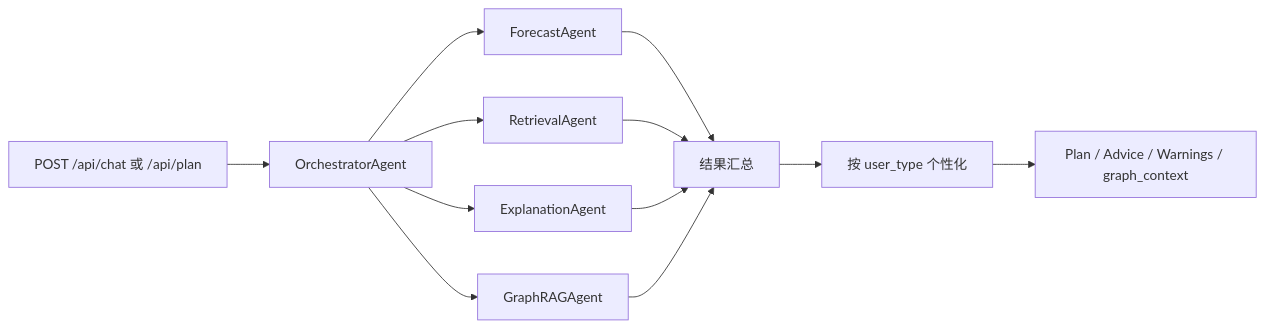
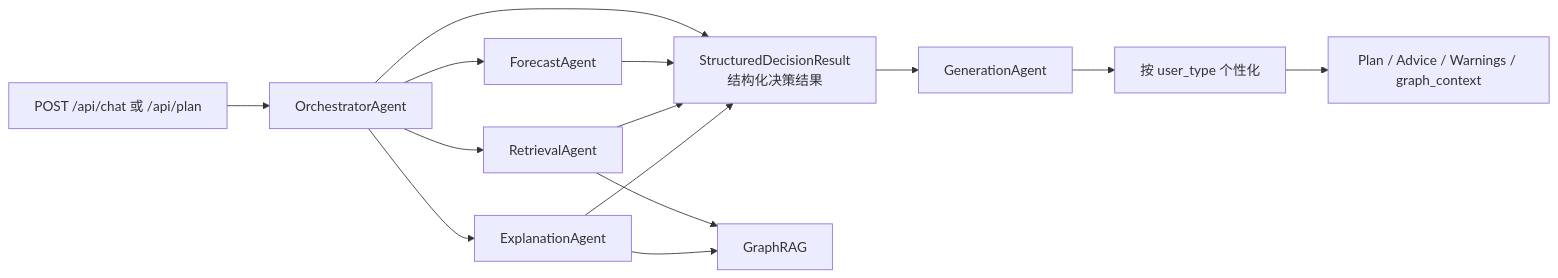
Before and after one commit to ForeverTTT/Autobahn-hackathon: the ninth of 11 diagrams in agent/README.md, drawn with Mermaid. The commit also changed other lines of this file and 10 other files, not shown here.

````diff
--- a/agent/README.md
+++ b/agent/README.md
@@ -566,16 +577,18 @@
 ```mermaid
 flowchart LR
     API["POST /api/chat 或 /api/plan"] --> ORC["OrchestratorAgent"]
     ORC --> FA["ForecastAgent"]
     ORC --> RA["RetrievalAgent"]
     ORC --> EA["ExplanationAgent"]
-    ORC --> GA["GraphRAGAgent"]
+    ORC --> SDR["StructuredDecisionResult<br/>结构化决策结果"]
 
-    FA --> JOIN["结果汇总"]
-    RA --> JOIN
-    EA --> JOIN
-    GA --> JOIN
+    FA --> SDR
+    RA --> SDR
+    EA --> SDR
+    RA --> GR["GraphRAG"]
+    EA --> GR
 
-    JOIN --> PERSONAL["按 user_type 个性化"]
+    SDR --> GEN["GenerationAgent"]
+    GEN --> PERSONAL["按 user_type 个性化"]
     PERSONAL --> RESP["Plan / Advice / Warnings / graph_context"]
 ```
````
